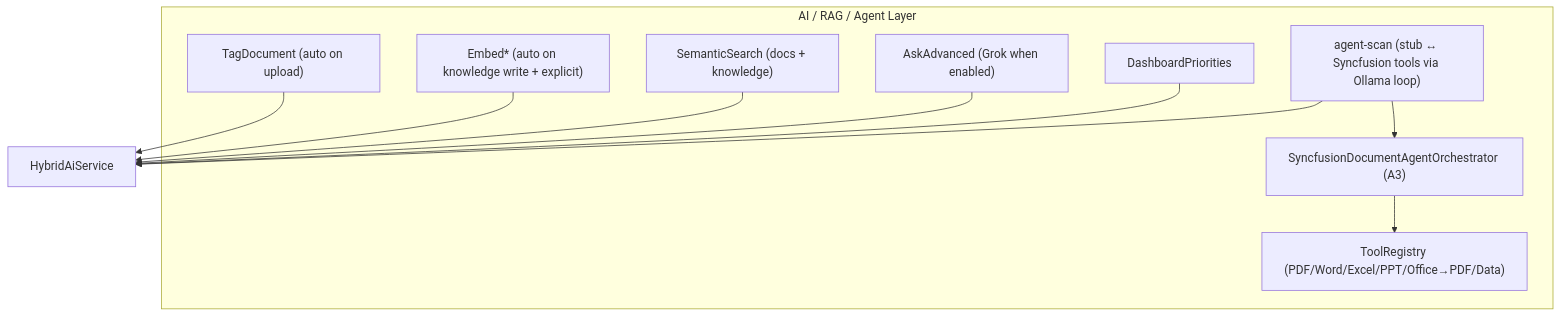
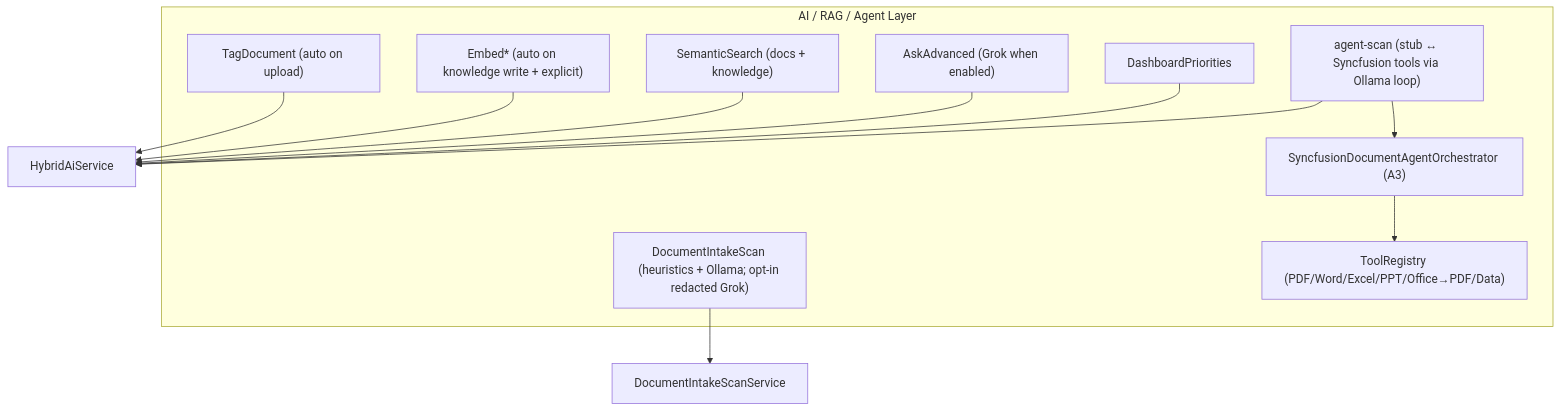
Before and after one commit to Bigessfour/TIKR-Town-Institutional-Knowledge-Tracker: the third of 3 diagrams in docs/function-tree.md, drawn with Mermaid. The commit also changed other lines of this file and 102 other files, not shown here.

First line of the commit message:
Add document intake scan, folder browse, and Documents UI polish.

````diff
--- a/docs/function-tree.md
+++ b/docs/function-tree.md
@@ -69,17 +69,19 @@
 ```mermaid
 flowchart TB
     subgraph AILayer["AI / RAG / Agent Layer"]
         Tag["TagDocument (auto on upload)"]
+        Intake["DocumentIntakeScan (heuristics + Ollama; opt-in redacted Grok)"]
         Embed["Embed* (auto on knowledge write + explicit)"]
         Search["SemanticSearch (docs + knowledge)"]
         Advanced["AskAdvanced (Grok when enabled)"]
         Priorities["DashboardPriorities"]
         AgentScan["agent-scan (stub ↔ Syncfusion tools via Ollama loop)"]
         Orchestrator["SyncfusionDocumentAgentOrchestrator (A3)"]
         Registry["ToolRegistry (PDF/Word/Excel/PPT/Office→PDF/Data)"]
     end
 
     Tag & Embed & Search & Advanced & Priorities & AgentScan --> Hybrid["HybridAiService"]
+    Intake --> IntakeSvc["DocumentIntakeScanService"]
     AgentScan --> Orchestrator
     Orchestrator --> Registry
 ```
````
